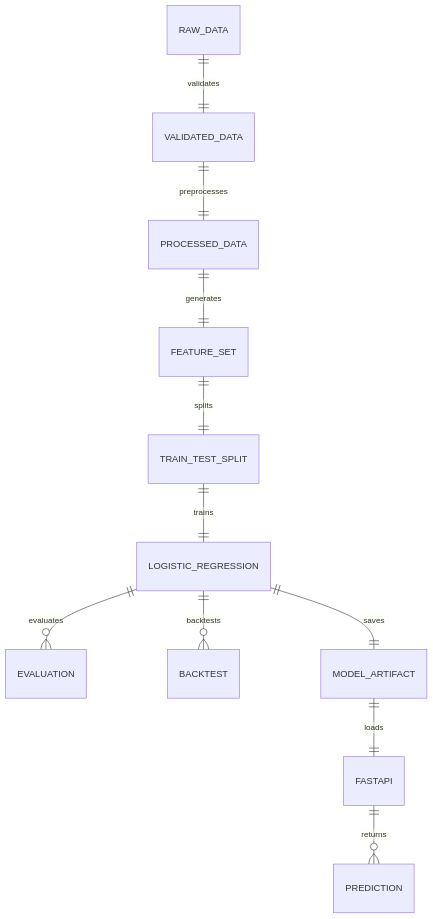
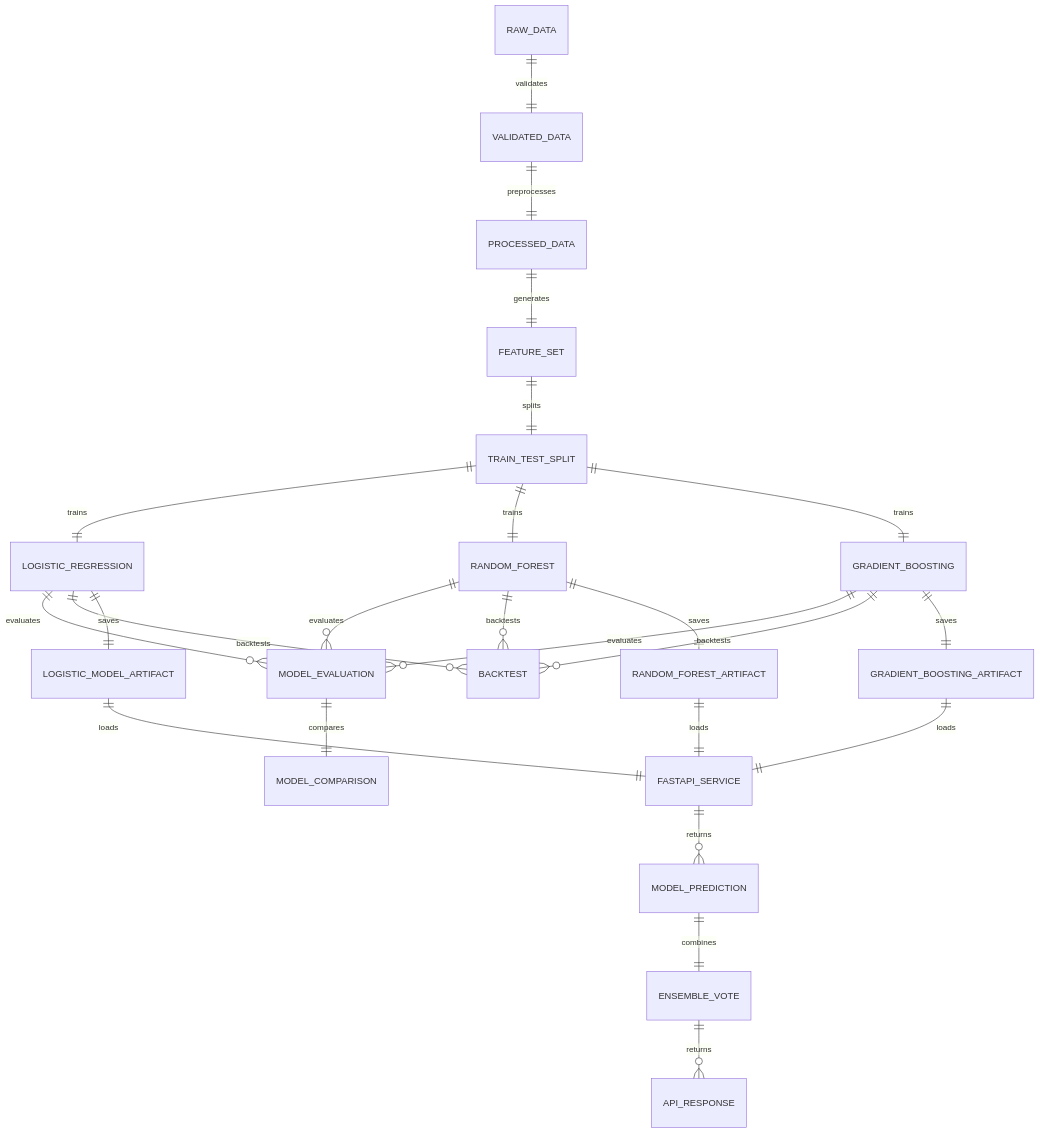
The diagram in README.md (chauhanmuskan291980-wq/gold-price-direction-predictor), drawn with Mermaid before and after one commit. The commit also changed other lines of this file, not shown here.

Commit message:
Revise model training and evaluation flow in README
Updated the architecture diagram in the README to include new training models and evaluation processes.

````diff
--- a/README.md
+++ b/README.md
@@ -38,14 +38,34 @@
 ```mermaid
 erDiagram
 
     RAW_DATA ||--|| VALIDATED_DATA : validates
     VALIDATED_DATA ||--|| PROCESSED_DATA : preprocesses
     PROCESSED_DATA ||--|| FEATURE_SET : generates
     FEATURE_SET ||--|| TRAIN_TEST_SPLIT : splits
+
     TRAIN_TEST_SPLIT ||--|| LOGISTIC_REGRESSION : trains
-    LOGISTIC_REGRESSION ||--o{ EVALUATION : evaluates
+    TRAIN_TEST_SPLIT ||--|| RANDOM_FOREST : trains
+    TRAIN_TEST_SPLIT ||--|| GRADIENT_BOOSTING : trains
+
+    LOGISTIC_REGRESSION ||--o{ MODEL_EVALUATION : evaluates
+    RANDOM_FOREST ||--o{ MODEL_EVALUATION : evaluates
+    GRADIENT_BOOSTING ||--o{ MODEL_EVALUATION : evaluates
+
+    MODEL_EVALUATION ||--|| MODEL_COMPARISON : compares
+
     LOGISTIC_REGRESSION ||--o{ BACKTEST : backtests
-    LOGISTIC_REGRESSION ||--|| MODEL_ARTIFACT : saves
-    MODEL_ARTIFACT ||--|| FASTAPI : loads
-    FASTAPI ||--o{ PREDICTION : returns
+    RANDOM_FOREST ||--o{ BACKTEST : backtests
+    GRADIENT_BOOSTING ||--o{ BACKTEST : backtests
+
+    LOGISTIC_REGRESSION ||--|| LOGISTIC_MODEL_ARTIFACT : saves
+    RANDOM_FOREST ||--|| RANDOM_FOREST_ARTIFACT : saves
+    GRADIENT_BOOSTING ||--|| GRADIENT_BOOSTING_ARTIFACT : saves
+
+    LOGISTIC_MODEL_ARTIFACT ||--|| FASTAPI_SERVICE : loads
+    RANDOM_FOREST_ARTIFACT ||--|| FASTAPI_SERVICE : loads
+    GRADIENT_BOOSTING_ARTIFACT ||--|| FASTAPI_SERVICE : loads
+
+    FASTAPI_SERVICE ||--o{ MODEL_PREDICTION : returns
+    MODEL_PREDICTION ||--|| ENSEMBLE_VOTE : combines
+    ENSEMBLE_VOTE ||--o{ API_RESPONSE : returns
 ```
````
